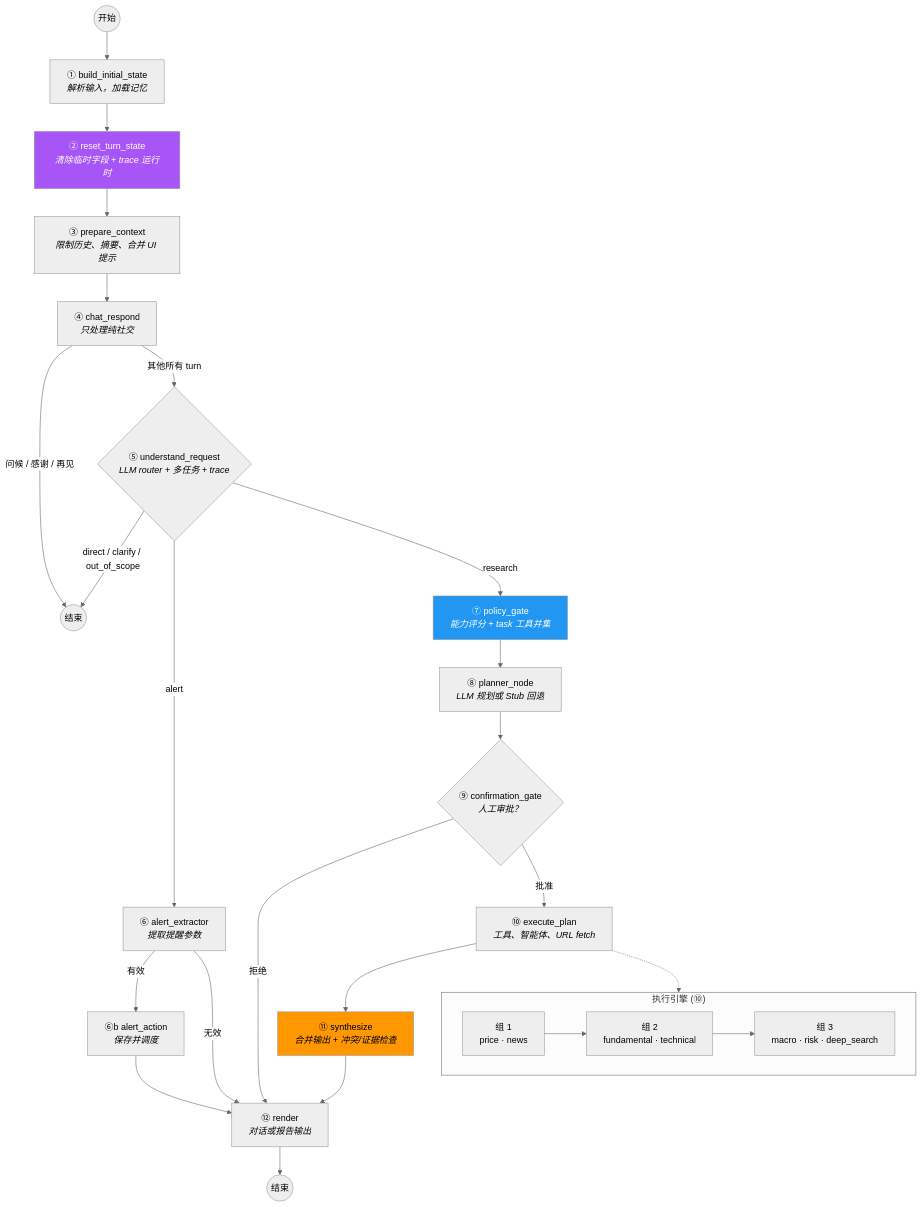
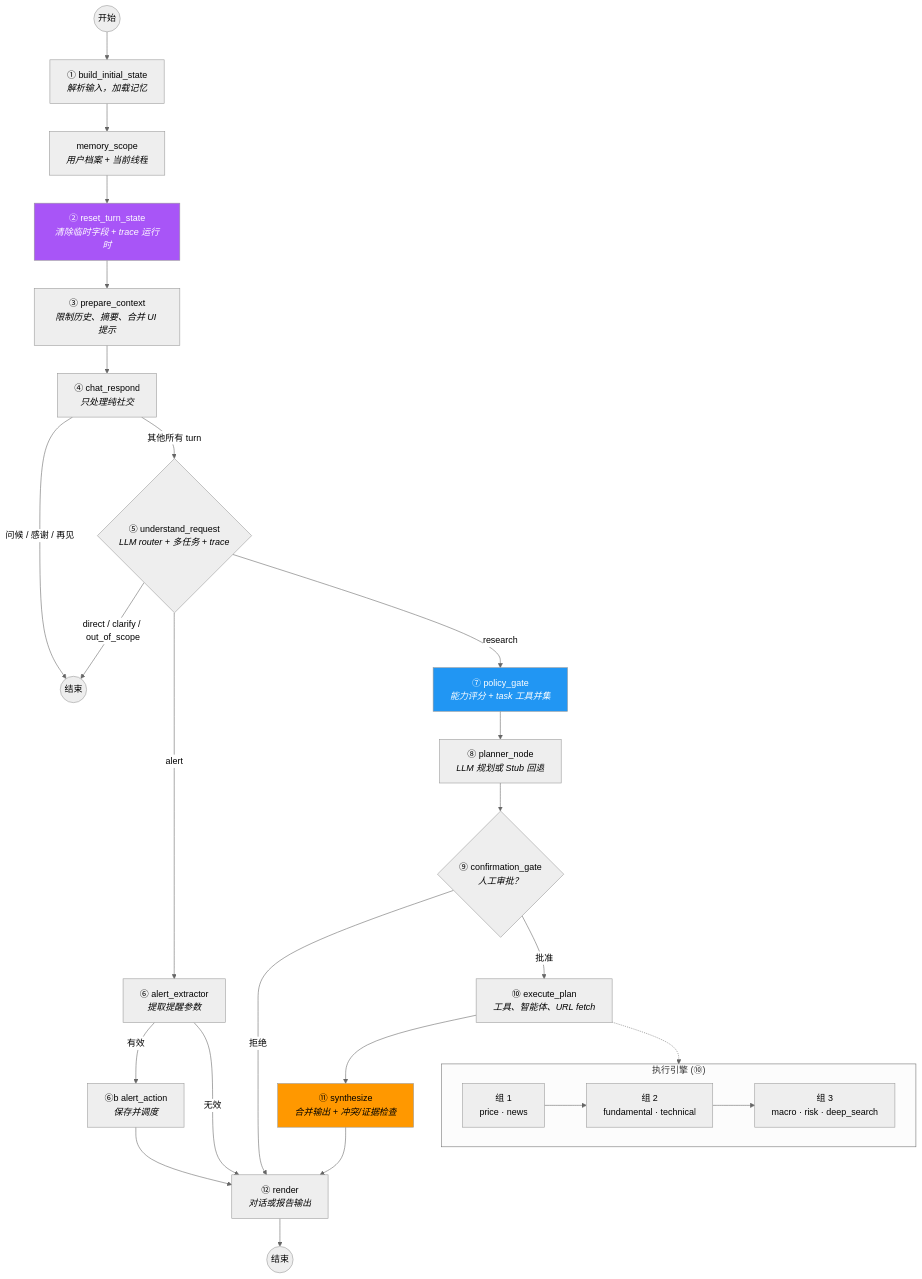
Before and after one commit to kkkano/FinSight: the second of 7 diagrams in readme_cn.md, drawn with Mermaid (neutral theme). The commit also changed other lines of this file and 34 other files, not shown here.

````diff
--- a/readme_cn.md
+++ b/readme_cn.md
@@ -268,37 +276,38 @@
 ```mermaid
 flowchart TD
     START((开始)) --> INIT["① build_initial_state<br/><i>解析输入，加载记忆</i>"]
-    INIT --> RESET["② reset_turn_state<br/><i>清除临时字段 + trace 运行时</i>"]
+    INIT --> MEMSCOPE["memory_scope<br/><i>用户档案 + 当前线程</i>"]
+    MEMSCOPE --> RESET["② reset_turn_state<br/><i>清除临时字段 + trace 运行时</i>"]
     RESET --> PREPARE["③ prepare_context<br/><i>限制历史、摘要、合并 UI 提示</i>"]
     PREPARE --> CHATRESP["④ chat_respond<br/><i>只处理纯社交</i>"]
     CHATRESP -->|"问候 / 感谢 / 再见"| END_CHAT((结束))
     CHATRESP -->|"其他所有 turn"| UNDERSTAND{"⑤ understand_request<br/><i>LLM router + 多任务 + trace</i>"}
 
     UNDERSTAND -->|"direct / clarify / out_of_scope"| END_CHAT
     UNDERSTAND -->|"alert"| ALERT_EX["⑥ alert_extractor<br/><i>提取提醒参数</i>"]
     ALERT_EX -->|"有效"| ALERT_ACT["⑥b alert_action<br/><i>保存并调度</i>"]
     ALERT_EX -->|"无效"| RENDER
     ALERT_ACT --> RENDER
     UNDERSTAND -->|"research"| POLICY["⑦ policy_gate<br/><i>能力评分 + task 工具并集</i>"]
     POLICY --> PLAN["⑧ planner_node<br/><i>LLM 规划或 Stub 回退</i>"]
 
     PLAN --> CONFIRM{"⑨ confirmation_gate<br/><i>人工审批？</i>"}
     CONFIRM -->|"拒绝"| RENDER
     CONFIRM -->|"批准"| EXEC["⑩ execute_plan<br/><i>工具、智能体、URL fetch</i>"]
 
     EXEC --> SYNTH["⑪ synthesize<br/><i>合并输出 + 冲突/证据检查</i>"]
     SYNTH --> RENDER["⑫ render<br/><i>对话或报告输出</i>"]
     RENDER --> END((结束))
 
     subgraph "执行引擎 (⑩)"
         direction LR
         EG1["组 1<br/>price · news"] --> EG2["组 2<br/>fundamental · technical"]
         EG2 --> EG3["组 3<br/>macro · risk · deep_search"]
     end
 
     EXEC -.-> EG1
 
     style RESET fill:#a855f7,color:#fff
     style SYNTH fill:#ff9800,color:#000
     style POLICY fill:#2196f3,color:#fff
 ```
````
